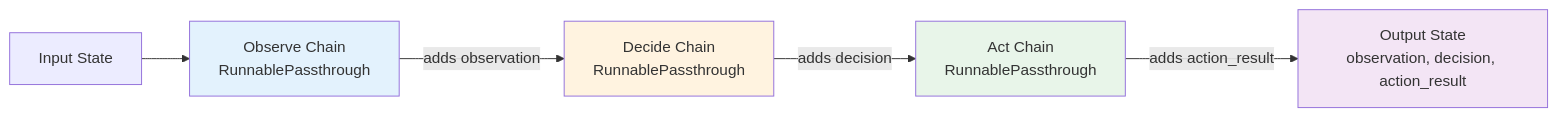
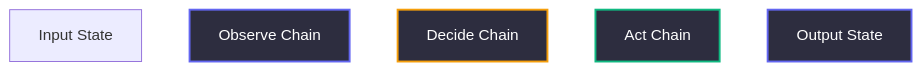
The sixth of 6 diagrams in ARCHITECTURE.md (ebinzacharias/ez-agentic-study-buddy), drawn with Mermaid before and after one commit. The commit also changed other lines of this file and 1 other file, not shown here.

````diff
--- a/ARCHITECTURE.md
+++ b/ARCHITECTURE.md
@@ -506,12 +484,14 @@
 ```mermaid
-graph LR
-    Input[Input State] --> Observe[Observe Chain<br/>RunnablePassthrough]
-    Observe -->|adds observation| Decide[Decide Chain<br/>RunnablePassthrough]
-    Decide -->|adds decision| Act[Act Chain<br/>RunnablePassthrough]
-    Act -->|adds action_result| Output[Output State<br/>observation, decision, action_result]
-    
-    style Observe fill:#e3f2fd
-    style Decide fill:#fff3e0
-    style Act fill:#e8f5e9
-    style Output fill:#f3e5f5
+flowchart LR
+    style Observe fill:#2D2D3F,stroke:#6366F1,stroke-width:2px,color:#FFFFFF
+    style Decide fill:#2D2D3F,stroke:#F59E0B,stroke-width:2px,color:#FFFFFF
+    style Act fill:#2D2D3F,stroke:#10B981,stroke-width:2px,color:#FFFFFF
+    style Output fill:#2D2D3F,stroke:#6366F1,stroke-width:2px,color:#FFFFFF
+
+    linkStyle default stroke:#FFFFFF,stroke-width:2px
+
+    Input[Input State] --> Observe[Observe Chain]
+    Observe --> Decide[Decide Chain]
+    Decide --> Act[Act Chain]
+    Act --> Output[Output State]
 ```
````
